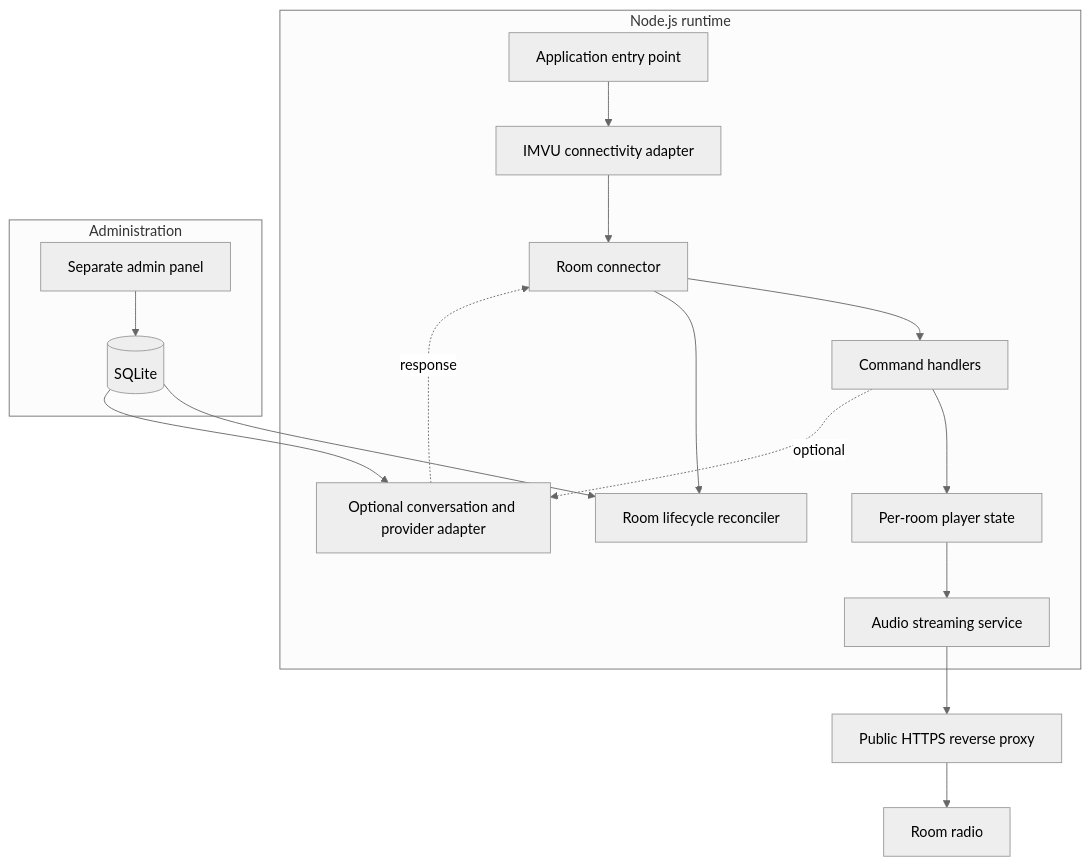
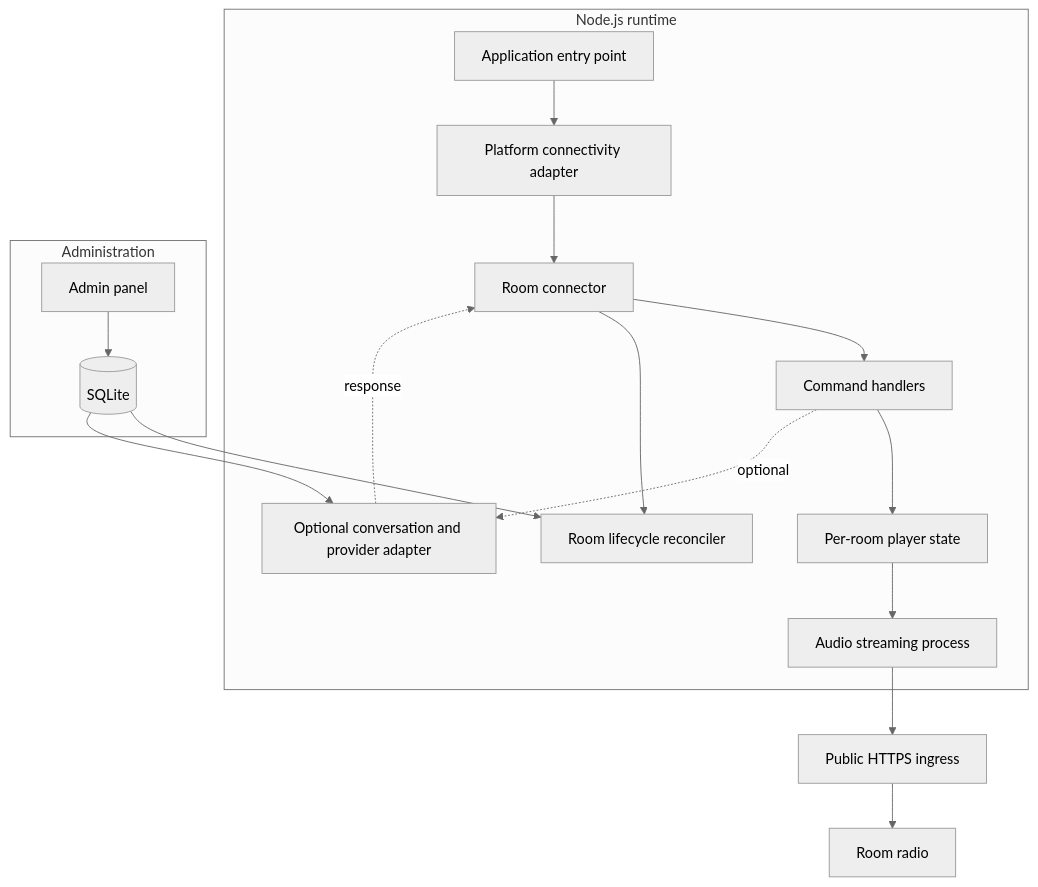
Before and after one commit to ezeinfamia2903/neromusic-portfolio: the second of 4 diagrams in docs/architecture.md, drawn with Mermaid (neutral theme). The commit also changed other lines of this file and 2 other files, not shown here.

Commit message:
docs: expand architecture overview

````diff
--- a/docs/architecture.md
+++ b/docs/architecture.md
@@ -23,28 +23,28 @@
 ```mermaid
 flowchart TB
     subgraph Runtime[Node.js runtime]
         O[Application entry point]
-        I[IMVU connectivity adapter]
+        I[Platform connectivity adapter]
         RC[Room connector]
         CM[Command handlers]
         PL[Per-room player state]
-        AS[Audio streaming service]
+        AS[Audio streaming process]
         RM[Room lifecycle reconciler]
         AI[Optional conversation and provider adapter]
         O --> I --> RC --> CM --> PL --> AS
         RC --> RM
         CM -. optional .-> AI
         AI -. response .-> RC
     end
 
     subgraph Admin[Administration]
-        AP[Separate admin panel]
+        AP[Admin panel]
         DB[(SQLite)]
         AP --> DB
         DB --> RM
         DB --> AI
     end
 
-    AS --> RP[Public HTTPS reverse proxy]
+    AS --> RP[Public HTTPS ingress]
     RP --> RADIO[Room radio]
 ```
````
